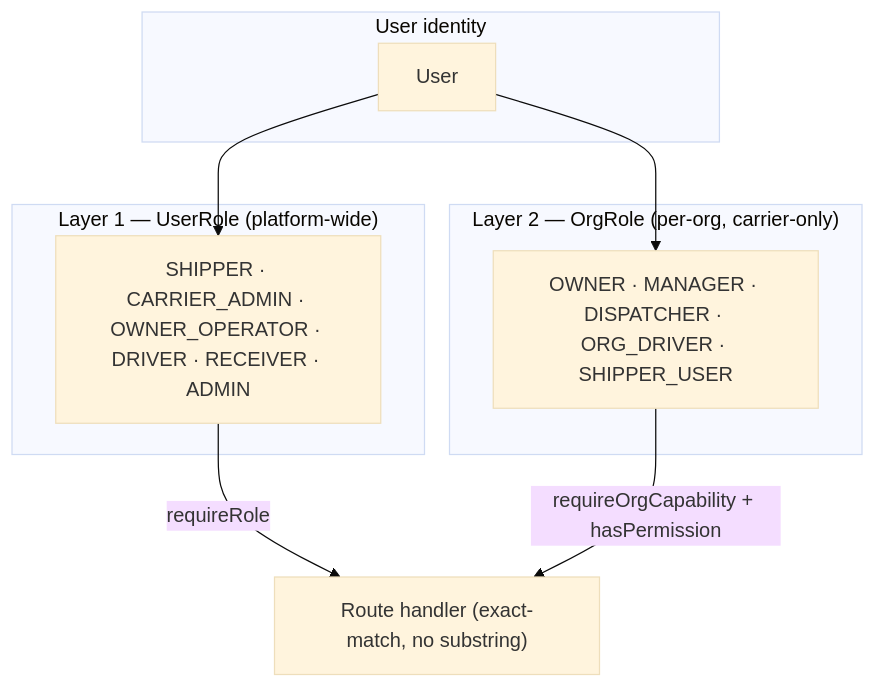
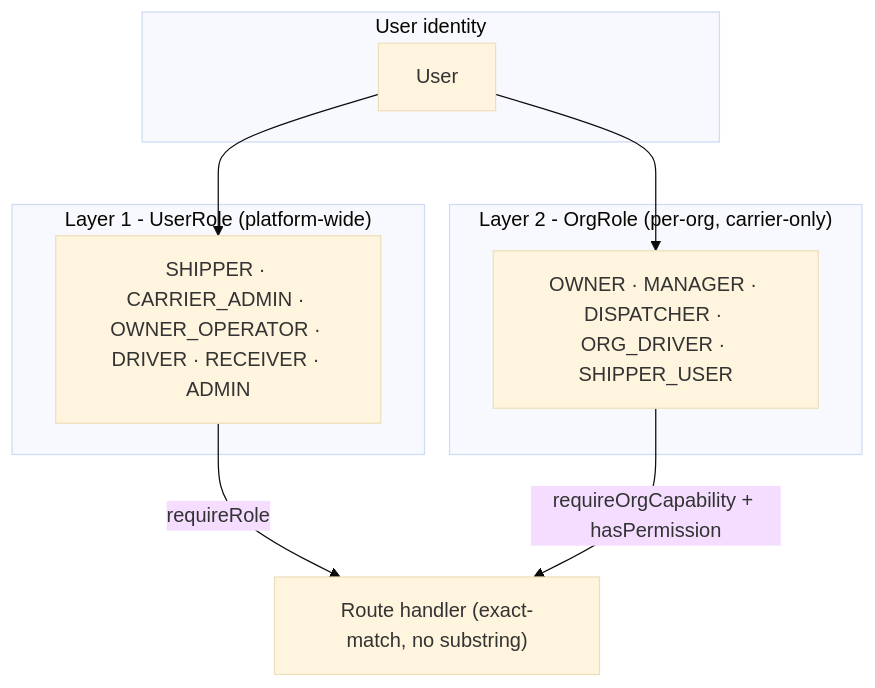
The first of 2 diagrams in docs/SecurityPosture.md (ayo326/loadlead-fullstack), drawn with Mermaid (base theme) before and after one commit. The commit also changed other lines of this file and 119 other files, not shown here.

````diff
--- a/docs/SecurityPosture.md
+++ b/docs/SecurityPosture.md
@@ -56,16 +56,16 @@
 ```mermaid
 flowchart TB
     subgraph "User identity"
         U[User]
     end
-    subgraph "Layer 1 — UserRole (platform-wide)"
+    subgraph "Layer 1 - UserRole (platform-wide)"
         Layer1["SHIPPER · CARRIER_ADMIN · OWNER_OPERATOR · DRIVER · RECEIVER · ADMIN"]
     end
-    subgraph "Layer 2 — OrgRole (per-org, carrier-only)"
+    subgraph "Layer 2 - OrgRole (per-org, carrier-only)"
         Layer2["OWNER · MANAGER · DISPATCHER · ORG_DRIVER · SHIPPER_USER"]
     end
     U --> Layer1
     U --> Layer2
     Layer1 --"requireRole"--> H["Route handler (exact-match, no substring)"]
     Layer2 --"requireOrgCapability + hasPermission"--> H
 ```
````
